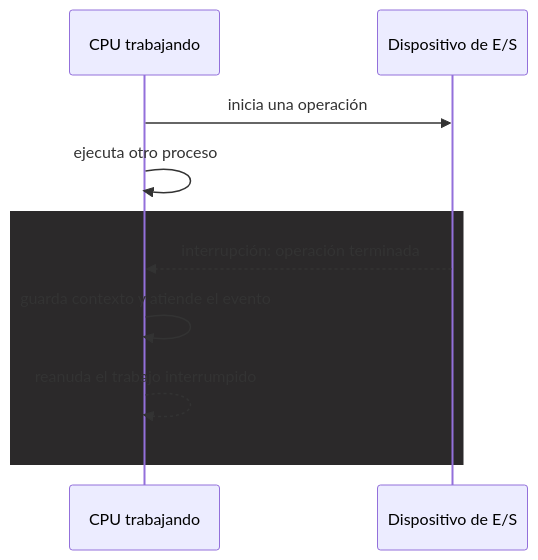
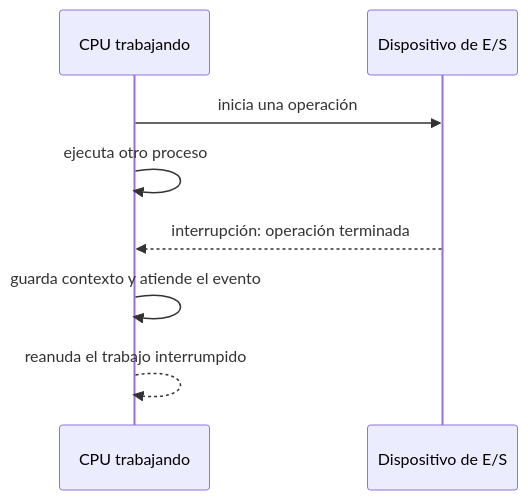
One commit to asiermarzo/ssoo changed the second of 3 diagrams in TEORIA/01-introduccion-a-los-sistemas-operativos/README.md. Above: the diagram before and after it, drawn with Mermaid. The commit also changed 12 other files, not shown here.

Commit message:
ajuste subrects de mermaids

````diff
--- a/TEORIA/01-introduccion-a-los-sistemas-operativos/README.md
+++ b/TEORIA/01-introduccion-a-los-sistemas-operativos/README.md
@@ -149,12 +149,10 @@
 ```mermaid
 sequenceDiagram
     participant CPU as CPU trabajando
     participant D as Dispositivo de E/S
     CPU->>D: inicia una operación
     CPU->>CPU: ejecuta otro proceso
-    rect rgb(43, 41, 42)
-        D-->>CPU: interrupción: operación terminada
-        CPU->>CPU: guarda contexto y atiende el evento
-        CPU-->>CPU: reanuda el trabajo interrumpido
-    end
+    D-->>CPU: interrupción: operación terminada
+    CPU->>CPU: guarda contexto y atiende el evento
+    CPU-->>CPU: reanuda el trabajo interrumpido
 ```
````
